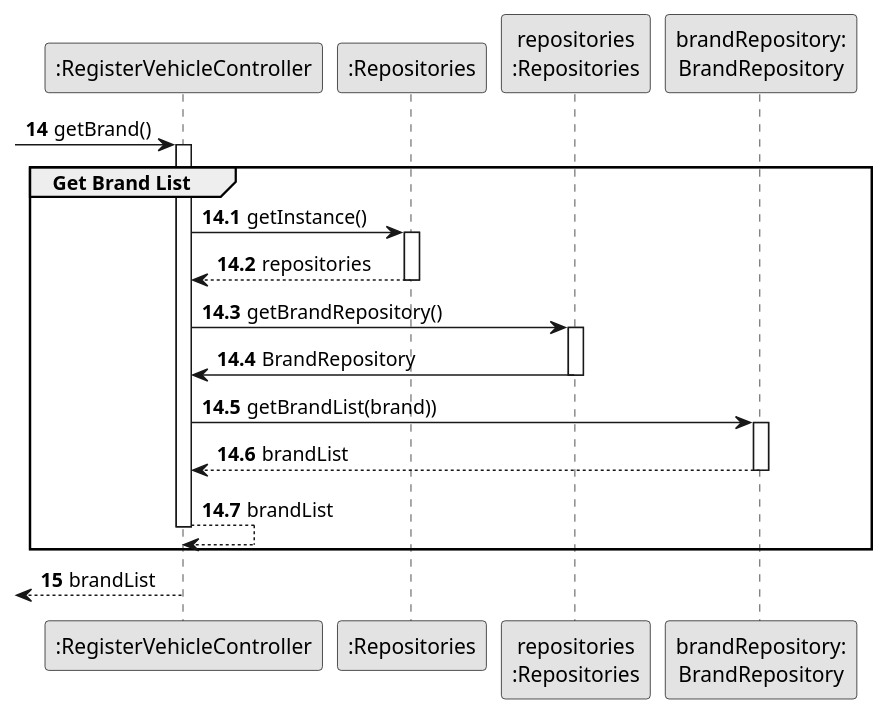
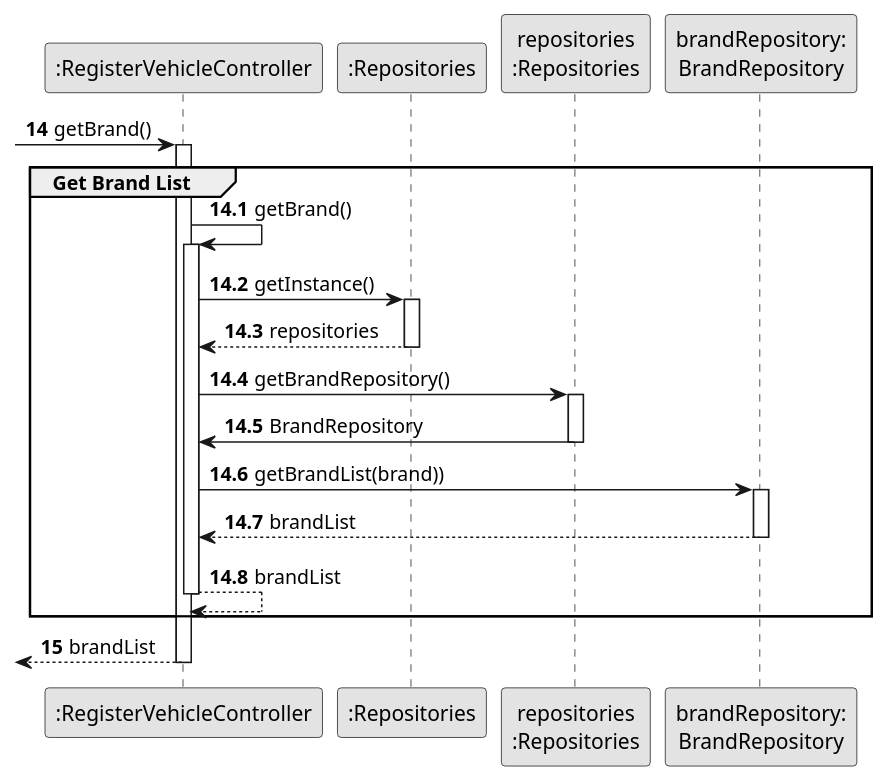
Before and after one commit to ricardomm7/leaflink: the diagram in docs/sprintB/us006/03.design/puml/us006-sequence-diagram-partial-get-brand-list.puml, drawn with PlantUML. The commit also changed 3 other files, not shown here.

Commit message:
LFC2-88<Change the sequence diagram>

```diff
--- a/docs/sprintB/us006/03.design/puml/us006-sequence-diagram-partial-get-brand-list.puml
+++ b/docs/sprintB/us006/03.design/puml/us006-sequence-diagram-partial-get-brand-list.puml
@@ -1,50 +1,53 @@
 @startuml
 skinparam monochrome true
 skinparam packageStyle rectangle
 skinparam shadowing false
 
 autonumber
 
 'hide footbox
 
 participant ":RegisterVehicleController" as CTRL
 participant ":Repositories" as RepositorySingleton
 participant "repositories\n:Repositories" as PLAT
 participant "brandRepository:\nBrandRepository" as BrandRepository
 autonumber 14
 
  -> CTRL : getBrand()
 autonumber 14.1
 
 activate CTRL
 
     group Get Brand List
+
+        CTRL -> CTRL: getBrand()
+        activate CTRL
 
             CTRL -> RepositorySingleton : getInstance()
                             activate RepositorySingleton
 
                             RepositorySingleton --> CTRL: repositories
                             deactivate RepositorySingleton
 
                             CTRL -> PLAT : getBrandRepository()
                             activate PLAT
 
                             PLAT -> CTRL : BrandRepository
                             deactivate PLAT
 
                             CTRL -> BrandRepository : getBrandList(brand))
                             activate BrandRepository
 
                             BrandRepository --> CTRL : brandList
                             deactivate BrandRepository
 
                             CTRL --> CTRL : brandList
                             deactivate CTRL
 
     end
     autonumber 15
     <-- CTRL  : brandList
 deactivate CTRL
 
 
 @enduml
```
